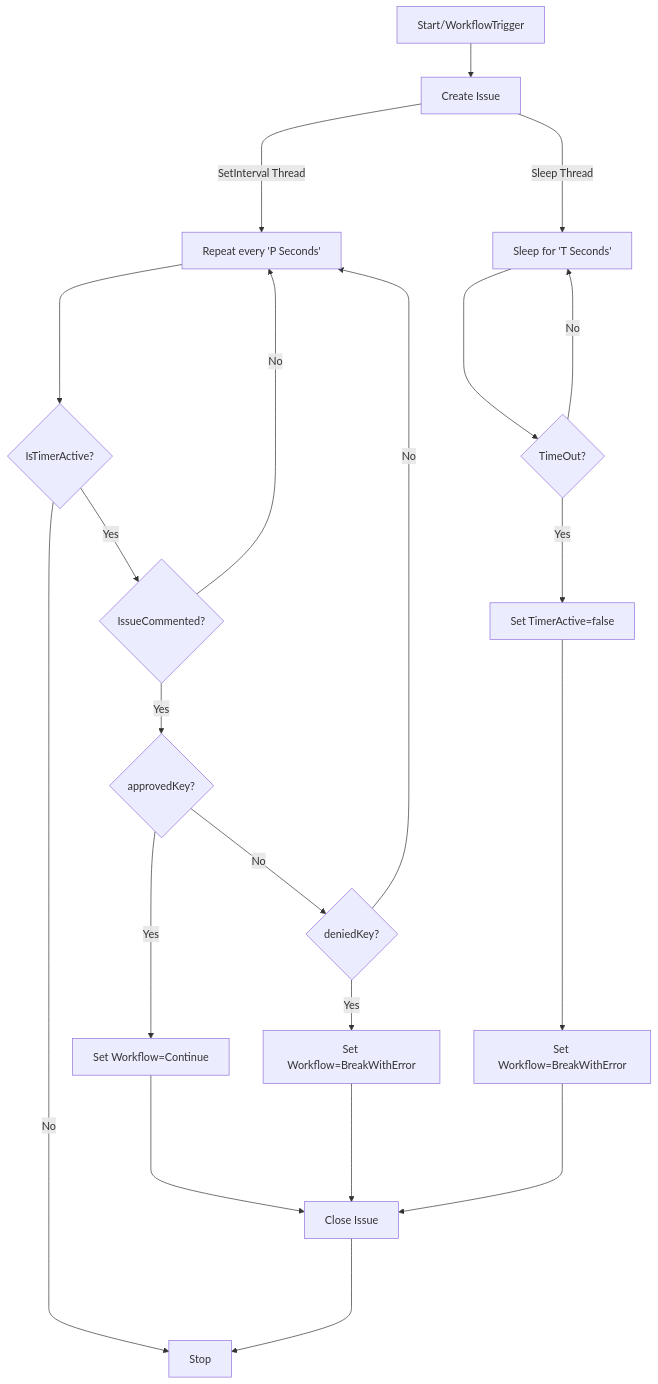
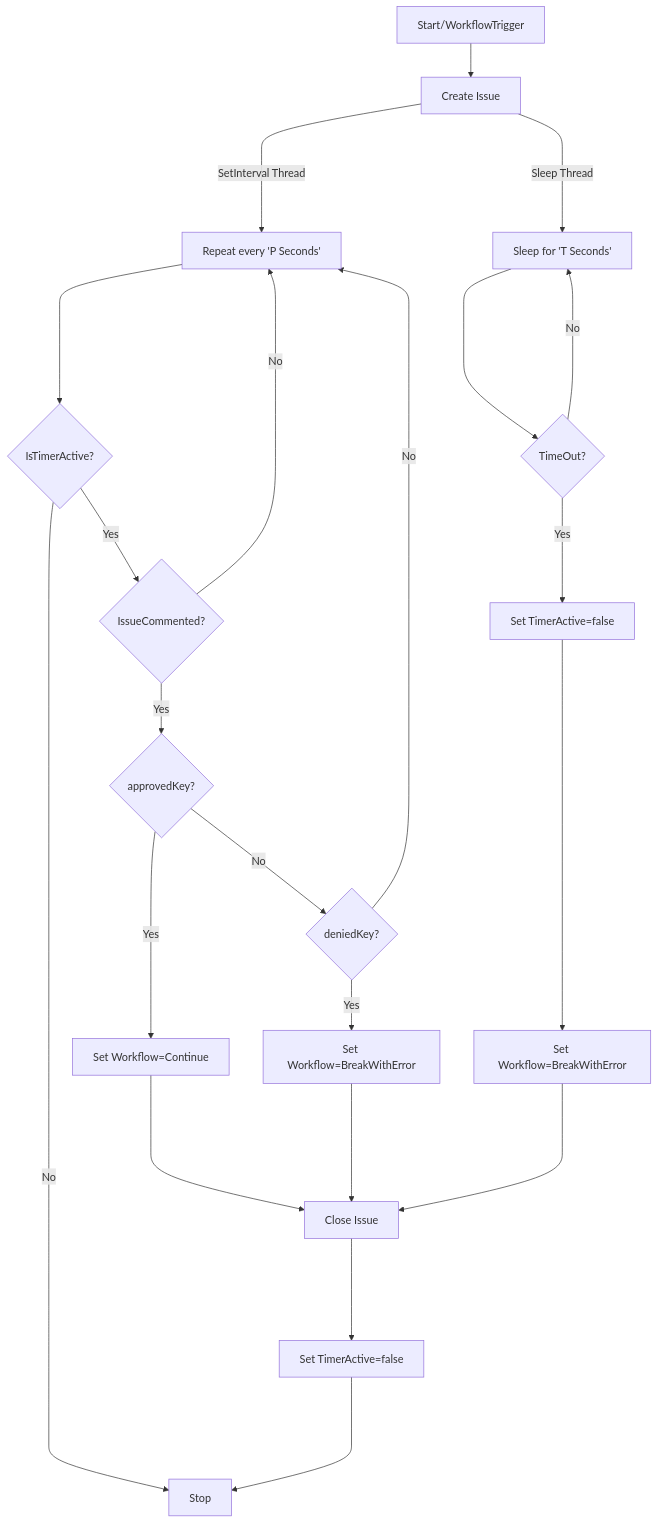
The diagram in README.md (yog-labs/custom-starter-template), drawn with Mermaid before and after one commit.

````diff
--- a/README.md
+++ b/README.md
@@ -45,23 +45,24 @@
 ```mermaid
 flowchart TD
    A[Start/WorkflowTrigger] --> B[Create Issue];
     B ----> |SetInterval Thread| C1[Repeat every 'P Seconds'];
     B ----> |Sleep Thread| C2[Sleep for 'T Seconds'];
     C1 ----> C1A{IsTimerActive?};
     C1A -- No --> Stop[Stop]
     C1A -- Yes --> C1B{IssueCommented?}
     C1B -- No --> C1
     C1B -- Yes --> C1C{approvedKey?}
     C1C -- Yes --> C1D[Set Workflow=Continue]
     C1D ---->  I[Close Issue]
     C1C -- No --> C1E{deniedKey?}
     C1E -- Yes --> C1F[Set Workflow=BreakWithError]
     C1E -- No --> C1
     C1F ----> I[Close Issue]
-    I ----> Stop[Stop]
+    I ----> J[Set TimerActive=false]
+    J ----> Stop[Stop]
     C2 ----> C2A{TimeOut?}
     C2A -- Yes --> C2B[Set TimerActive=false]
     C2B ----> C2C[Set Workflow=BreakWithError]
     C2A -- No --> C2
     C2C ----> I
 ```
````
